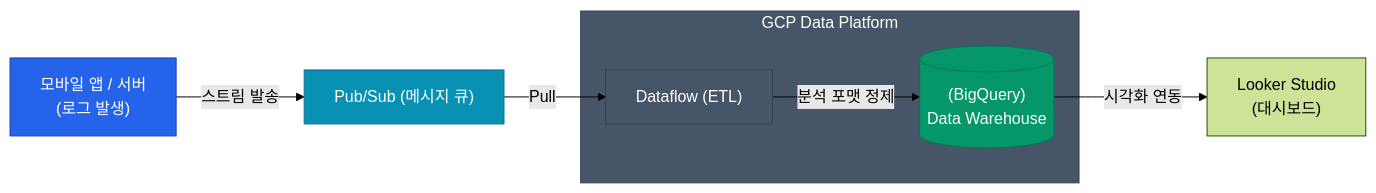
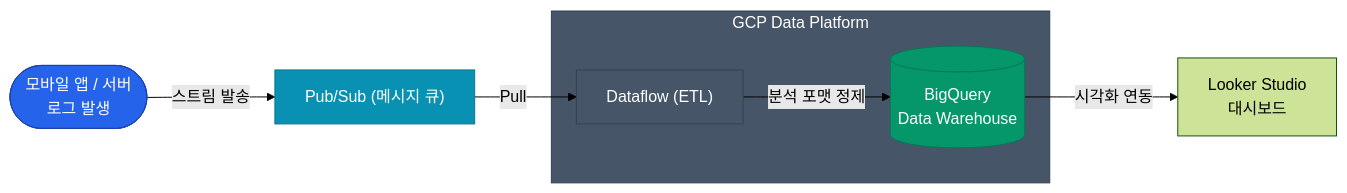
One commit to No1Joon/No1Joon.github.io changed the diagram in _posts/cloud-infrastructure/2026-04-20-gcp-04-data.md. Above: the diagram before and after it, drawn with Mermaid (forest theme). The commit also changed other lines of this file and 36 other files, not shown here.

````diff
--- a/_posts/cloud-infrastructure/2026-04-20-gcp-04-data.md
+++ b/_posts/cloud-infrastructure/2026-04-20-gcp-04-data.md
@@ -37,21 +36,24 @@
 ```mermaid
 flowchart LR
-    APP["모바일 앱 / 서버<br/>(로그 발생)"] -->|"스트림 발송"| PUB["Pub/Sub (메시지 큐)"]
+    APP(["모바일 앱 / 서버<br/>로그 발생"]) -->|"스트림 발송"| PUB["Pub/Sub (메시지 큐)"]
     PUB -->|"Pull"| DATAFLOW["Dataflow (ETL)"]
     
     subgraph gcp_data [GCP Data Platform]
-        DATAFLOW -->|"분석 포맷 정제"| BQ[("(BigQuery)<br/>Data Warehouse")]
+        DATAFLOW -->|"분석 포맷 정제"| BQ[(BigQuery<br/>Data Warehouse)]
     end
     
-    BQ -->|"시각화 연동"| LOOKER["Looker Studio<br/>(대시보드)"]
+    BQ -->|"시각화 연동"| LOOKER["Looker Studio<br/>대시보드"]
 
     classDef primary fill:#2563eb,stroke:#1e40af,color:#ffffff
+    classDef success fill:#059669,stroke:#047857,color:#ffffff
+    classDef warn fill:#d97706,stroke:#b45309,color:#ffffff
+    classDef danger fill:#dc2626,stroke:#991b1b,color:#ffffff
     classDef info fill:#0891b2,stroke:#0e7490,color:#ffffff
     classDef neutral fill:#475569,stroke:#334155,color:#ffffff
-    classDef success fill:#059669,stroke:#047857,color:#ffffff
+    classDef muted fill:#e2e8f0,stroke:#94a3b8,color:#0f172a
 
     class APP primary
     class PUB info
     class DATAFLOW,gcp_data neutral
     class BQ success
 ```
````
